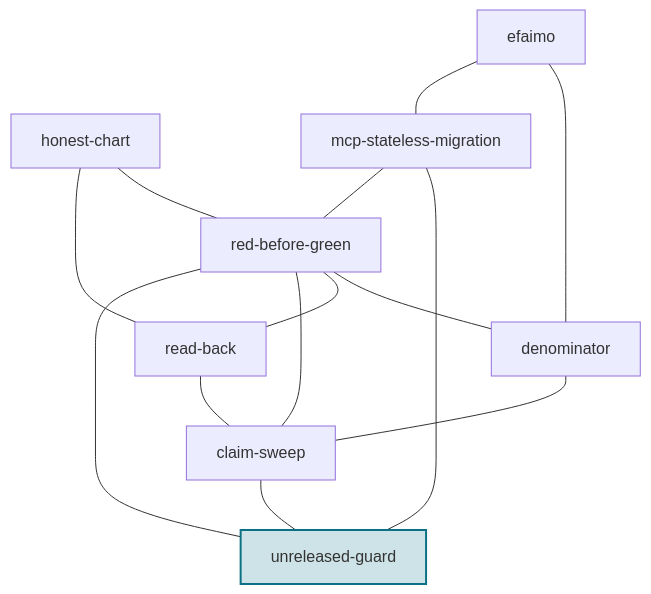
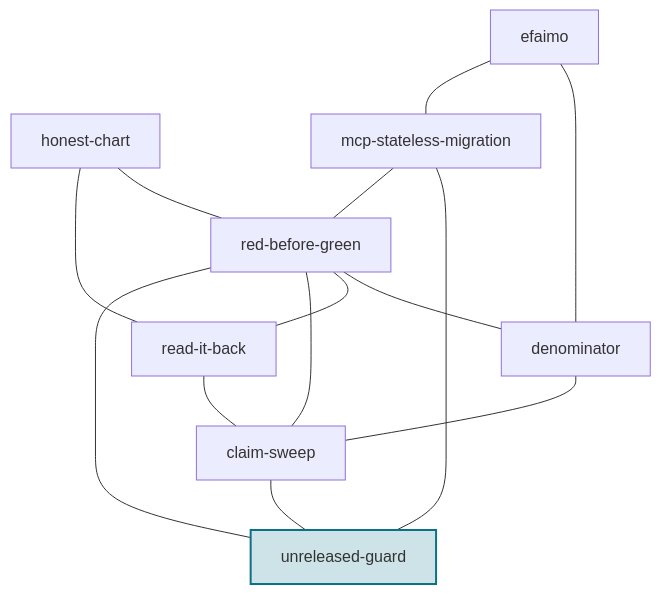
Before and after one commit to efaimo-ai/unreleased-guard: the third of 3 diagrams in README.md, drawn with Mermaid. The commit also changed other lines of this file, not shown here.

Commit message:
The set names read-it-back, the new name of read-back
Regenerated from skill-pkg/relations.mjs: the siblings block and the set
table follow the rename, and links keep the repository's current address.

````diff
--- a/README.md
+++ b/README.md
@@ -172,26 +172,26 @@
 ```mermaid
 graph TD
     red_before_green["red-before-green"]
     denominator["denominator"]
-    read_back["read-back"]
+    read_it_back["read-it-back"]
     claim_sweep["claim-sweep"]
     unreleased_guard["unreleased-guard"]
     honest_chart["honest-chart"]
     mcp_stateless_migration["mcp-stateless-migration"]
     efaimo["efaimo"]
     red_before_green --- denominator
-    red_before_green --- read_back
+    red_before_green --- read_it_back
     denominator --- claim_sweep
-    read_back --- claim_sweep
+    read_it_back --- claim_sweep
     claim_sweep --- red_before_green
     claim_sweep --- unreleased_guard
     unreleased_guard --- red_before_green
     honest_chart --- red_before_green
-    honest_chart --- read_back
+    honest_chart --- read_it_back
     mcp_stateless_migration --- unreleased_guard
     mcp_stateless_migration --- red_before_green
     efaimo --- denominator
     efaimo --- mcp_stateless_migration
     classDef self fill:#0b728533,stroke:#0b7285,stroke-width:2px;
     class unreleased_guard self;
 ```
````
